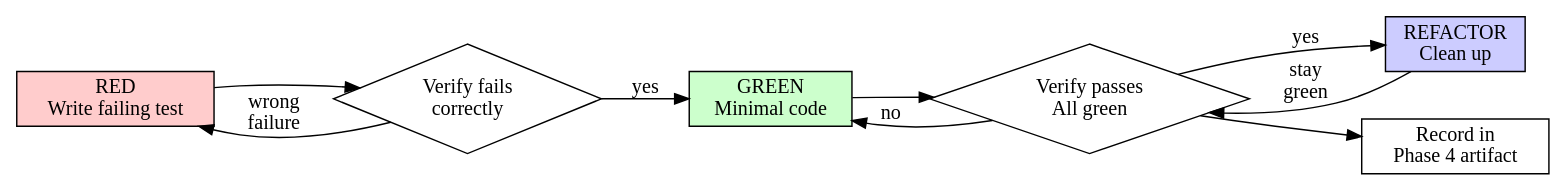
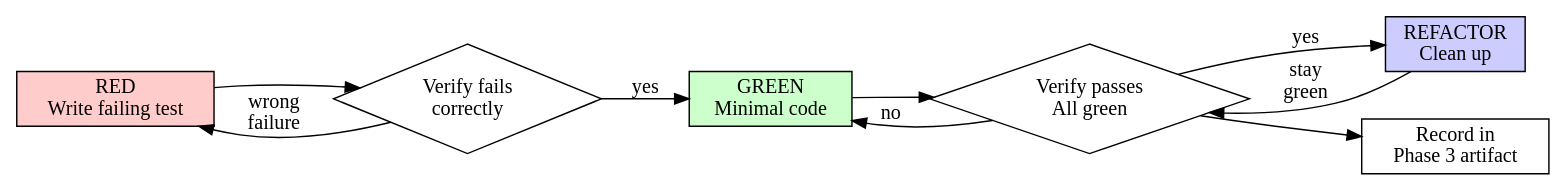
One commit to doubleuuser/rlm-workflow changed the diagram in skills/rlm-tdd/SKILL.md. Above: the diagram before and after it, drawn with Graphviz. The commit also changed other lines of this file and 8 other files, not shown here.

````diff
--- a/skills/rlm-tdd/SKILL.md
+++ b/skills/rlm-tdd/SKILL.md
@@ -34,20 +34,20 @@
 ```dot
 digraph tdd_cycle {
     rankdir=LR;
     red [label="RED\nWrite failing test", shape=box, style=filled, fillcolor="#ffcccc"];
     verify_red [label="Verify fails\ncorrectly", shape=diamond];
     green [label="GREEN\nMinimal code", shape=box, style=filled, fillcolor="#ccffcc"];
     verify_green [label="Verify passes\nAll green", shape=diamond];
     refactor [label="REFACTOR\nClean up", shape=box, style=filled, fillcolor="#ccccff"];
-    record [label="Record in\nPhase 4 artifact", shape=box];
+    record [label="Record in\nPhase 3 artifact", shape=box];
 
     red -> verify_red;
     verify_red -> green [label="yes"];
     verify_red -> red [label="wrong\nfailure"];
     green -> verify_green;
     verify_green -> refactor [label="yes"];
     verify_green -> green [label="no"];
     refactor -> verify_green [label="stay\ngreen"];
     verify_green -> record;
 }
 ```
````
